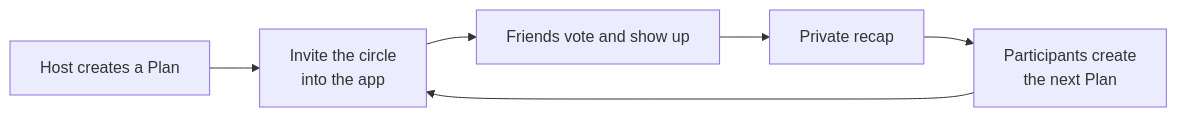
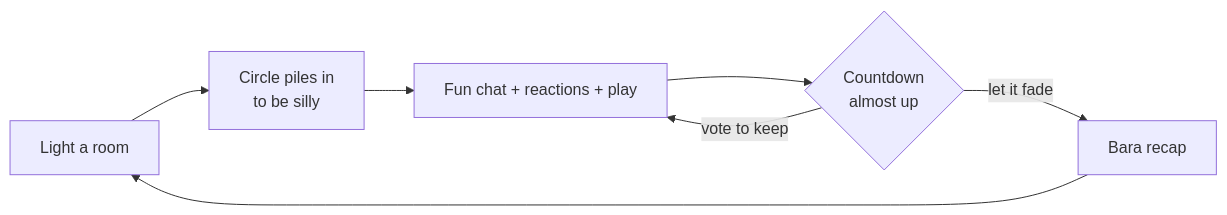
The third of 3 diagrams in concept/README.md (itsmhp/SocialMedia), drawn with Mermaid before and after one commit. The commit also changed other lines of this file and 6 other files, not shown here.

Commit message:
feat: extend-by-vote room mechanic + realign concept to chat-first

````diff
--- a/concept/README.md
+++ b/concept/README.md
@@ -66,8 +67,9 @@
 ```mermaid
 flowchart LR
-    A[Host creates a Plan] --> B[Invite the circle<br/>into the app]
-    B --> C[Friends vote and show up]
-    C --> D[Private recap]
-    D --> E[Participants create<br/>the next Plan]
-    E --> B
+    A[Light a room] --> B[Circle piles in<br/>to be silly]
+    B --> C[Fun chat + reactions + play]
+    C --> D{Countdown<br/>almost up}
+    D -->|vote to keep| C
+    D -->|let it fade| E[Bara recap]
+    E --> A
 ```
````
